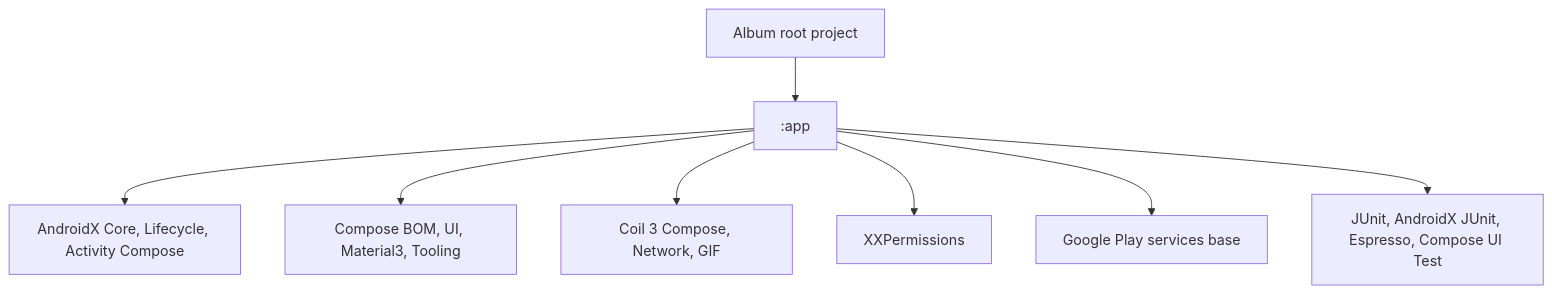
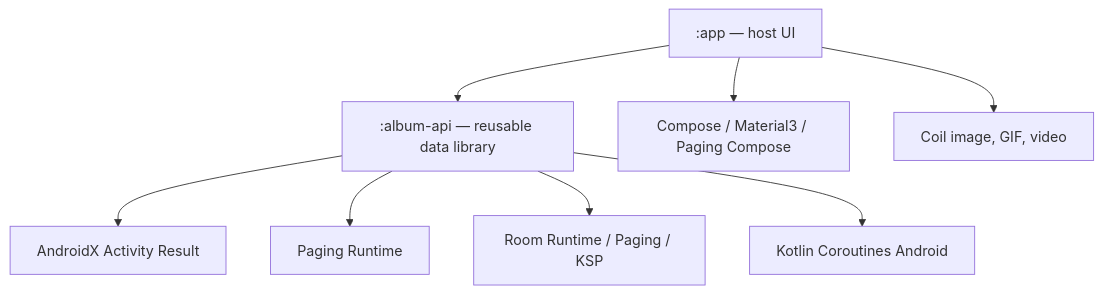
The diagram in .codex/references/dependencies.md (sceneren/Album), drawn with Mermaid before and after one commit. The commit also changed other lines of this file and 7 other files, not shown here.

````diff
--- a/.codex/references/dependencies.md
+++ b/.codex/references/dependencies.md
@@ -5,10 +5,10 @@
 ```mermaid
 graph TD
-    Root["Album root project"] --> App[":app"]
-    App --> AndroidX["AndroidX Core, Lifecycle, Activity Compose"]
-    App --> Compose["Compose BOM, UI, Material3, Tooling"]
-    App --> Coil["Coil 3 Compose, Network, GIF"]
-    App --> Permissions["XXPermissions"]
-    App --> PlayServices["Google Play services base"]
-    App --> Tests["JUnit, AndroidX JUnit, Espresso, Compose UI Test"]
+    App[":app — host UI"] --> Api[":album-api — reusable data library"]
+    App --> Compose["Compose / Material3 / Paging Compose"]
+    App --> Coil["Coil image, GIF, video"]
+    Api --> Activity["AndroidX Activity Result"]
+    Api --> Paging["Paging Runtime"]
+    Api --> Room["Room Runtime / Paging / KSP"]
+    Api --> Coroutines["Kotlin Coroutines Android"]
 ```
````
